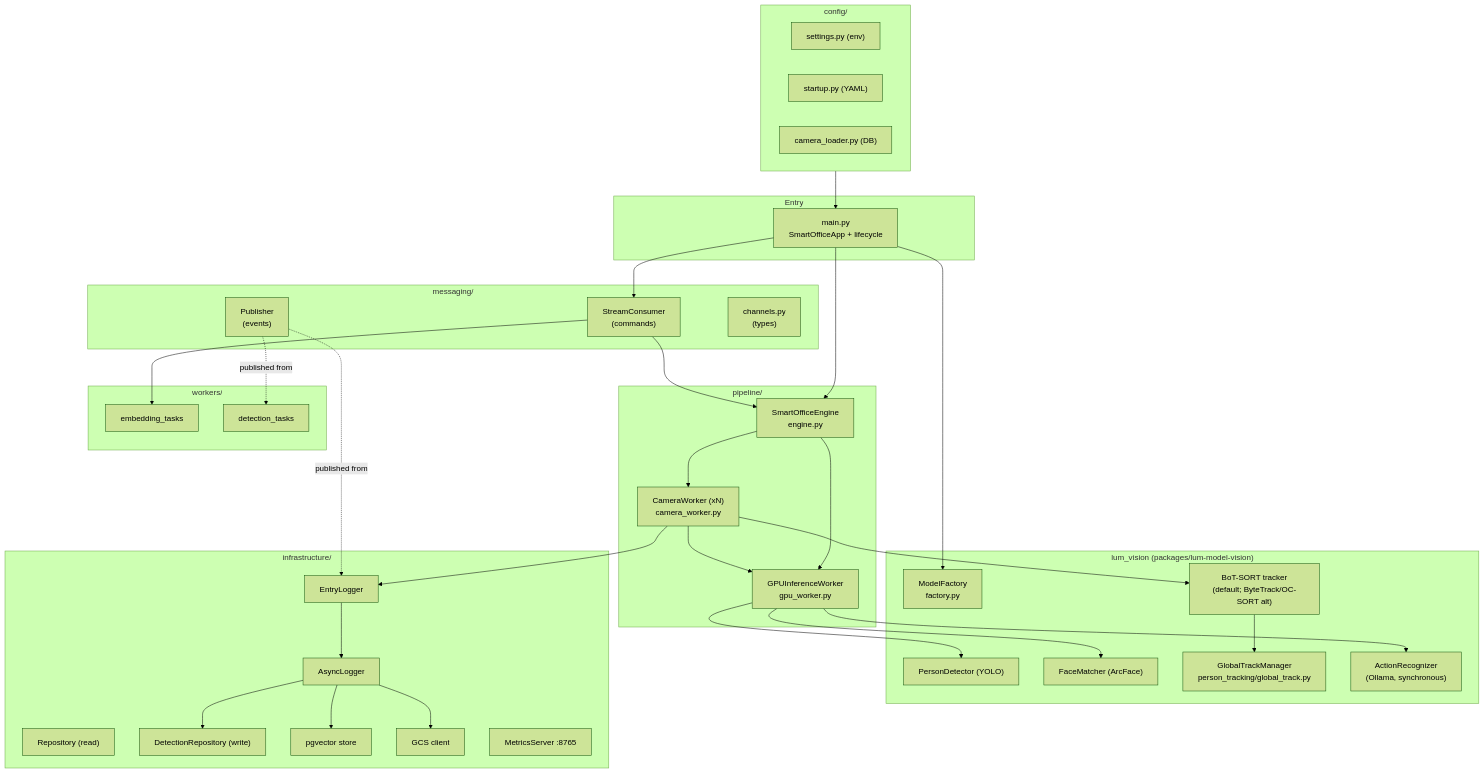
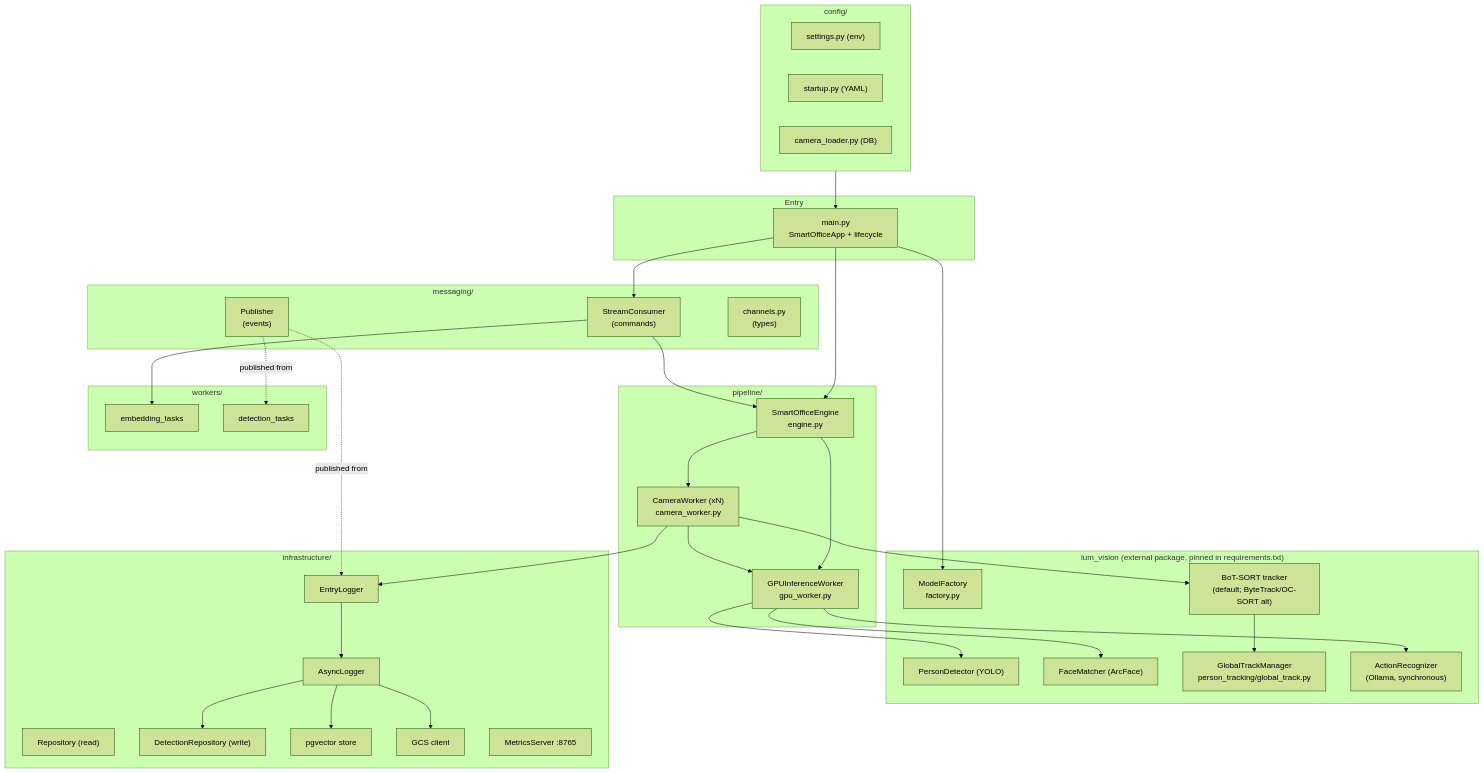
One commit to lumiohub-ai/lum-model-face-recognition changed the second of 9 diagrams in docs/SERVICE_ARCHITECTURE.md. Above: the diagram before and after it, drawn with Mermaid (forest theme). The commit also changed other lines of this file and 34 other files, not shown here.

First line of the commit message:
build!: consume lum-model-vision from its own repo, not vendored in packages/

````diff
--- a/docs/SERVICE_ARCHITECTURE.md
+++ b/docs/SERVICE_ARCHITECTURE.md
@@ -53,70 +53,70 @@
 ```mermaid
 graph TB
     subgraph entry["Entry"]
         main["main.py<br/>SmartOfficeApp + lifecycle"]
     end
 
     subgraph pipeline["pipeline/"]
         engine["SmartOfficeEngine<br/>engine.py"]
         camw["CameraWorker (xN)<br/>camera_worker.py"]
         gpuw["GPUInferenceWorker<br/>gpu_worker.py"]
     end
 
-    subgraph models["lum_vision (packages/lum-model-vision)"]
+    subgraph models["lum_vision (external package, pinned in requirements.txt)"]
         mf["ModelFactory<br/>factory.py"]
         det["PersonDetector (YOLO)"]
         face["FaceMatcher (ArcFace)"]
         track["BoT-SORT tracker<br/>(default; ByteTrack/OC-SORT alt)"]
         gtm["GlobalTrackManager<br/>person_tracking/global_track.py"]
         action["ActionRecognizer<br/>(Ollama, synchronous)"]
     end
 
     subgraph msg["messaging/"]
         sc["StreamConsumer<br/>(commands)"]
         pub["Publisher<br/>(events)"]
         chans["channels.py<br/>(types)"]
     end
 
     subgraph workers["workers/"]
         emb["embedding_tasks"]
         dtt["detection_tasks"]
     end
 
     subgraph infra["infrastructure/"]
         repo["Repository (read)"]
         drepo["DetectionRepository (write)"]
         pgv["pgvector store"]
         gcs["GCS client"]
         elog["EntryLogger"]
         alog["AsyncLogger"]
         metrics["MetricsServer :8765"]
     end
 
     subgraph cfg["config/"]
         settings["settings.py (env)"]
         startup["startup.py (YAML)"]
         camload["camera_loader.py (DB)"]
     end
 
     main --> engine
     main --> sc
     main --> mf
     engine --> camw
     engine --> gpuw
     camw --> gpuw
     camw --> track
     camw --> elog
     gpuw --> det
     gpuw --> face
     gpuw --> action
     track --> gtm
     elog --> alog
     alog --> drepo
     alog --> pgv
     alog --> gcs
     sc --> engine
     sc --> emb
     pub -.->|published from| elog
     pub -.->|published from| dtt
     cfg --> main
 ```
````
